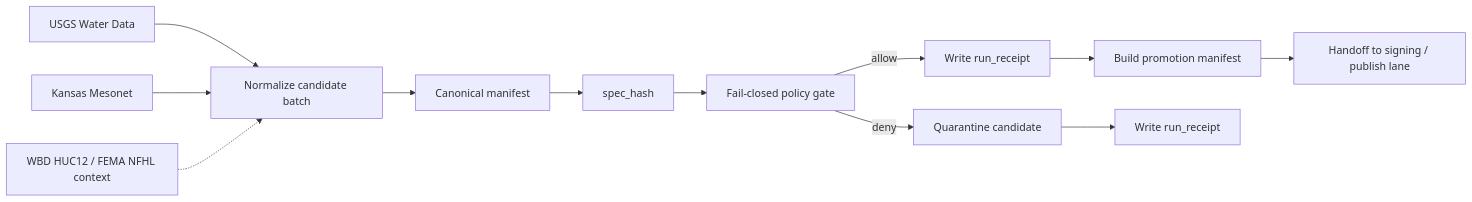
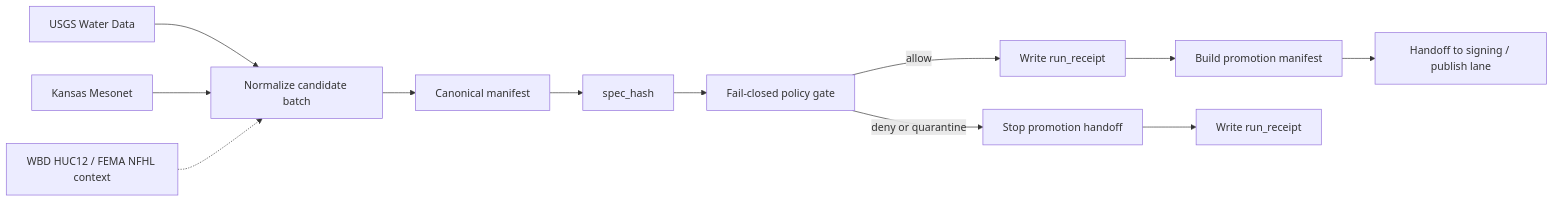
Before and after one commit to bartytime4life/Kansas-Frontier-Matrix: the diagram in pipelines/usgs-mesonet-watch/README.md, drawn with Mermaid. The commit also changed other lines of this file, not shown here.

````diff
--- a/pipelines/usgs-mesonet-watch/README.md
+++ b/pipelines/usgs-mesonet-watch/README.md
@@ -182,14 +279,14 @@
 ```mermaid
 flowchart LR
   A[USGS Water Data] --> C[Normalize candidate batch]
   B[Kansas Mesonet] --> C
   H[WBD HUC12 / FEMA NFHL context] -.-> C
   C --> D[Canonical manifest]
   D --> E[spec_hash]
   E --> F[Fail-closed policy gate]
   F -->|allow| G[Write run_receipt]
   G --> I[Build promotion manifest]
   I --> J[Handoff to signing / publish lane]
-  F -->|deny| K[Quarantine candidate]
+  F -->|deny or quarantine| K[Stop promotion handoff]
   K --> L[Write run_receipt]
 ```
````
